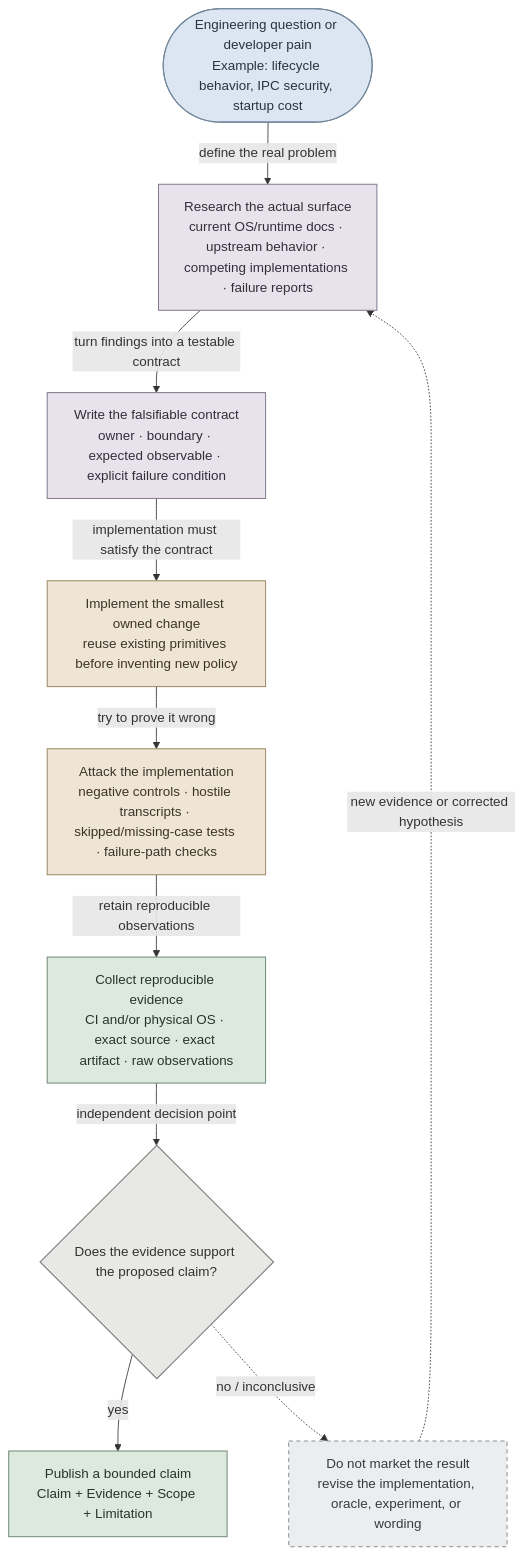
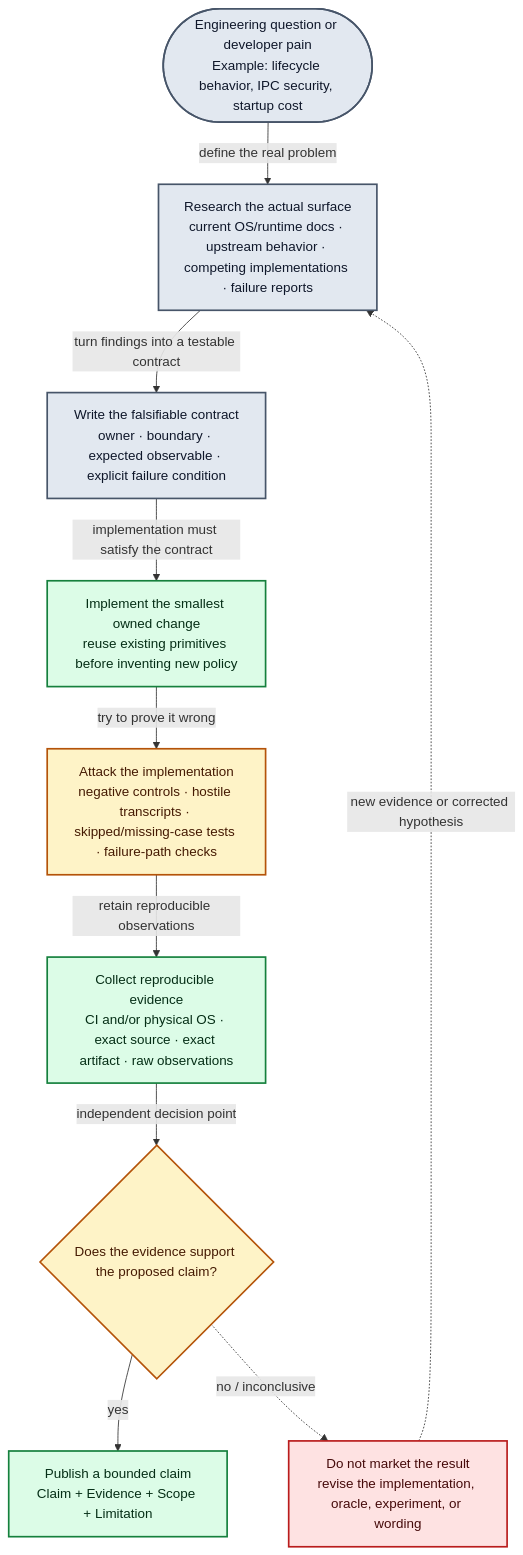
One commit to gyldlab/keld changed the third of 3 diagrams in README.md. Above: the diagram before and after it, drawn with Mermaid. The commit also changed other lines of this file, not shown here.

Commit message:
docs(readme): align prerequisites and Mermaid policy

````diff
--- a/README.md
+++ b/README.md
@@ -248,44 +246,42 @@
 ```mermaid
 flowchart TB
+    accTitle: Research to a scoped public KELD claim
+    accDescr: KELD turns an engineering question into research, a falsifiable contract, implementation, hostile testing, and reproducible evidence; supported evidence can become a bounded claim, while failed or inconclusive evidence returns to revision instead.
     QUESTION(["Engineering question or developer pain<br/>Example: lifecycle behavior, IPC security, startup cost"])
 
     RESEARCH["Research the actual surface<br/>current OS/runtime docs · upstream behavior · competing implementations · failure reports"]
 
     SPEC["Write the falsifiable contract<br/>owner · boundary · expected observable · explicit failure condition"]
 
     IMPLEMENT["Implement the smallest owned change<br/>reuse existing primitives before inventing new policy"]
 
     NEGATIVE["Attack the implementation<br/>negative controls · hostile transcripts · skipped/missing-case tests · failure-path checks"]
 
     EVIDENCE["Collect reproducible evidence<br/>CI and/or physical OS · exact source · exact artifact · raw observations"]
 
     DECISION{"Does the evidence support the proposed claim?"}
 
     CLAIM["Publish a bounded claim<br/>Claim + Evidence + Scope + Limitation"]
 
     REVISE["Do not market the result<br/>revise the implementation, oracle, experiment, or wording"]
 
     QUESTION -->|"define the real problem"| RESEARCH
     RESEARCH -->|"turn findings into a testable contract"| SPEC
     SPEC -->|"implementation must satisfy the contract"| IMPLEMENT
     IMPLEMENT -->|"try to prove it wrong"| NEGATIVE
     NEGATIVE -->|"retain reproducible observations"| EVIDENCE
     EVIDENCE -->|"independent decision point"| DECISION
     DECISION -->|"yes"| CLAIM
     DECISION -.->|"no / inconclusive"| REVISE
     REVISE -.->|"new evidence or corrected hypothesis"| RESEARCH
 
-    classDef question fill:#DCE6F2,stroke:#72879A,color:#26343F,stroke-width:1.3px;
-    classDef research fill:#E7E2EC,stroke:#84798E,color:#342E39,stroke-width:1.2px;
-    classDef build fill:#EEE5D5,stroke:#9B8867,color:#3B3428,stroke-width:1.2px;
-    classDef evidence fill:#DDE9DF,stroke:#718A76,color:#26352A,stroke-width:1.2px;
-    classDef decision fill:#E8E8E6,stroke:#7E817D,color:#303230,stroke-width:1.3px;
-    classDef future fill:#ECEDEE,stroke:#8C9197,color:#363A3E,stroke-width:1.2px,stroke-dasharray:5 4;
+    classDef current fill:#dcfce7,stroke:#15803d,color:#052e16,stroke-width:2px
+    classDef gate fill:#fef3c7,stroke:#b45309,color:#451a03,stroke-width:2px
+    classDef external fill:#e2e8f0,stroke:#475569,color:#0f172a,stroke-width:2px
+    classDef denied fill:#fee2e2,stroke:#b91c1c,color:#450a0a,stroke-width:2px
 
-    class QUESTION question;
-    class RESEARCH,SPEC research;
-    class IMPLEMENT,NEGATIVE build;
-    class EVIDENCE,CLAIM evidence;
-    class DECISION decision;
-    class REVISE future;
+    class IMPLEMENT,EVIDENCE,CLAIM current;
+    class NEGATIVE,DECISION gate;
+    class QUESTION,RESEARCH,SPEC external;
+    class REVISE denied;
 ```
````
